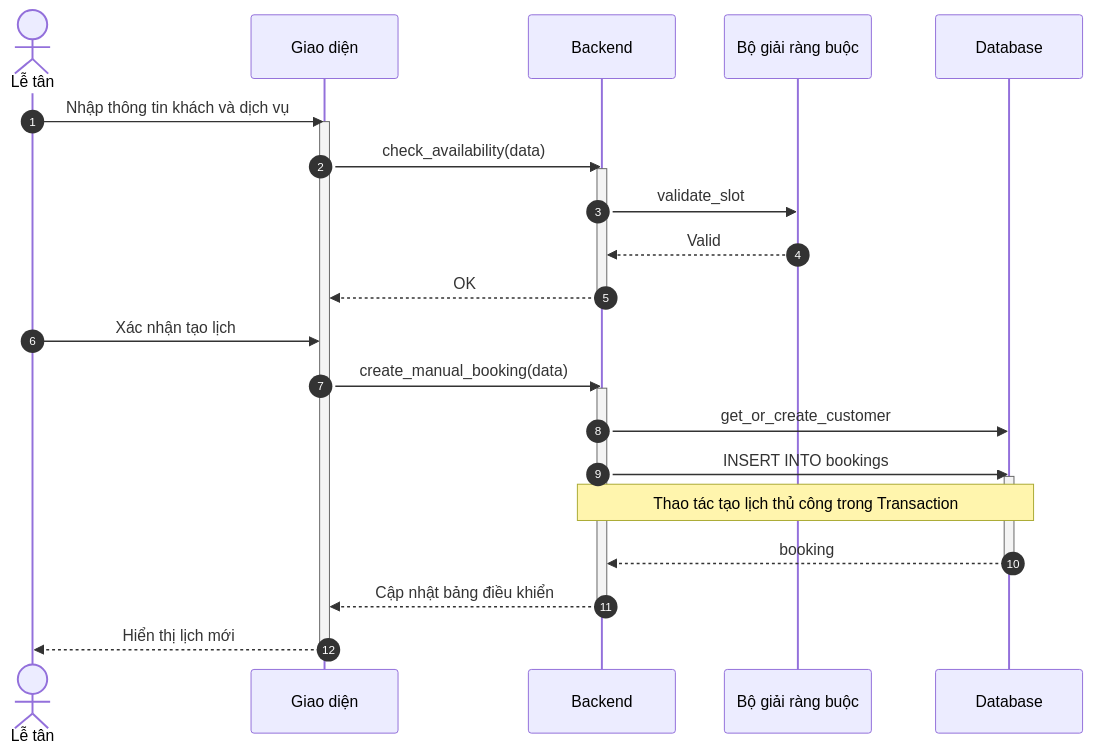
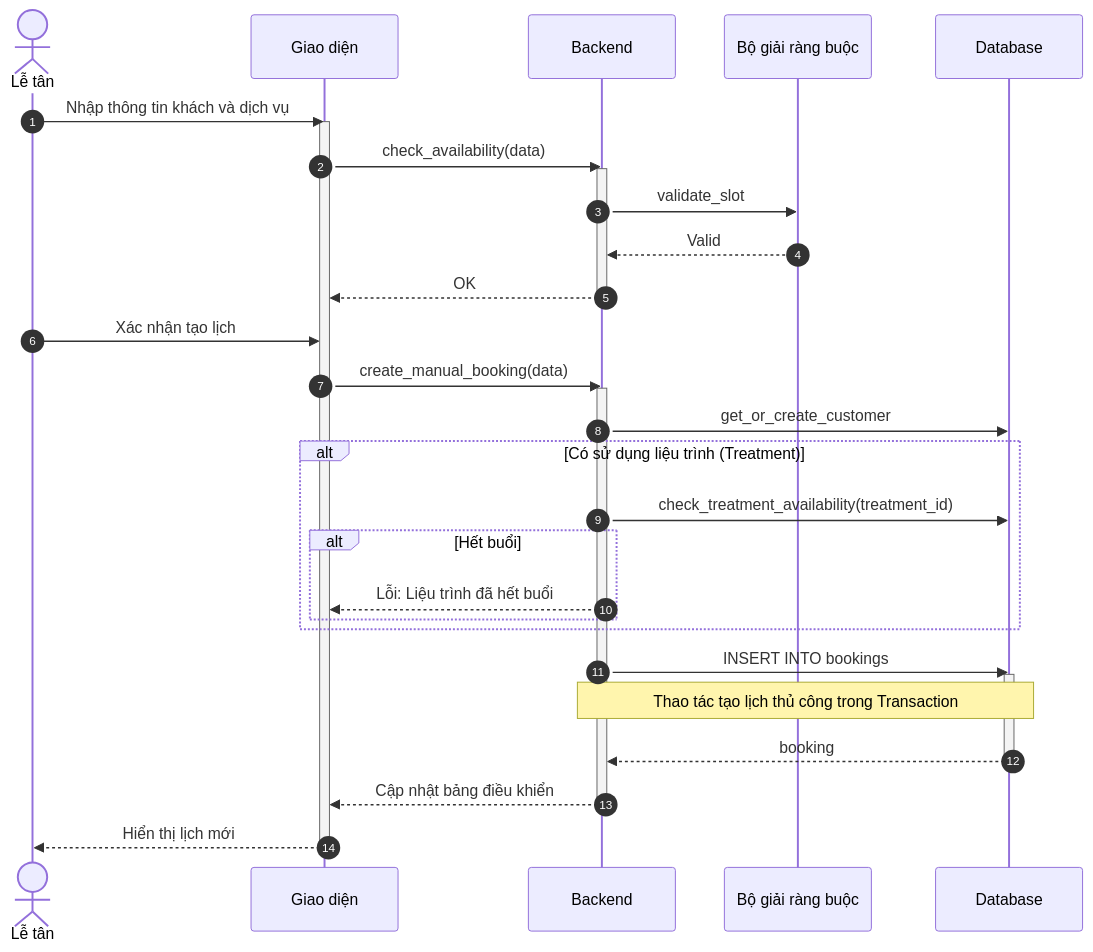
One commit to ngoctinn/Synapse changed the third of 7 diagrams in docs/design/sequences/receptionist_flows.md. Above: the diagram before and after it, drawn with Mermaid. The commit also changed 3 other files, not shown here.

````diff
--- a/docs/design/sequences/receptionist_flows.md
+++ b/docs/design/sequences/receptionist_flows.md
@@ -96,35 +96,43 @@
 ```mermaid
 sequenceDiagram
     autonumber
     actor LT as Lễ tân
     participant UI as Giao diện
     participant BE as Backend
     participant SOLVER as Bộ giải ràng buộc
     participant DB as Database
 
     LT->>UI: Nhập thông tin khách và dịch vụ
     activate UI
     UI->>BE: check_availability(data)
     activate BE
     BE->>SOLVER: validate_slot
     SOLVER-->>BE: Valid
     BE-->>UI: OK
     deactivate BE
 
     LT->>UI: Xác nhận tạo lịch
     UI->>BE: create_manual_booking(data)
     activate BE
 
     BE->>DB: get_or_create_customer
+
+    alt Có sử dụng liệu trình (Treatment)
+        BE->>DB: check_treatment_availability(treatment_id)
+        alt Hết buổi
+            BE-->>UI: Lỗi: Liệu trình đã hết buổi
+        end
+    end
+
     BE->>DB: INSERT INTO bookings
     activate DB
     Note over BE,DB: Thao tác tạo lịch thủ công trong Transaction
     DB-->>BE: booking
     deactivate DB
 
     BE-->>UI: Cập nhật bảng điều khiển
     deactivate BE
 
     UI-->>LT: Hiển thị lịch mới
     deactivate UI
 ```
````
